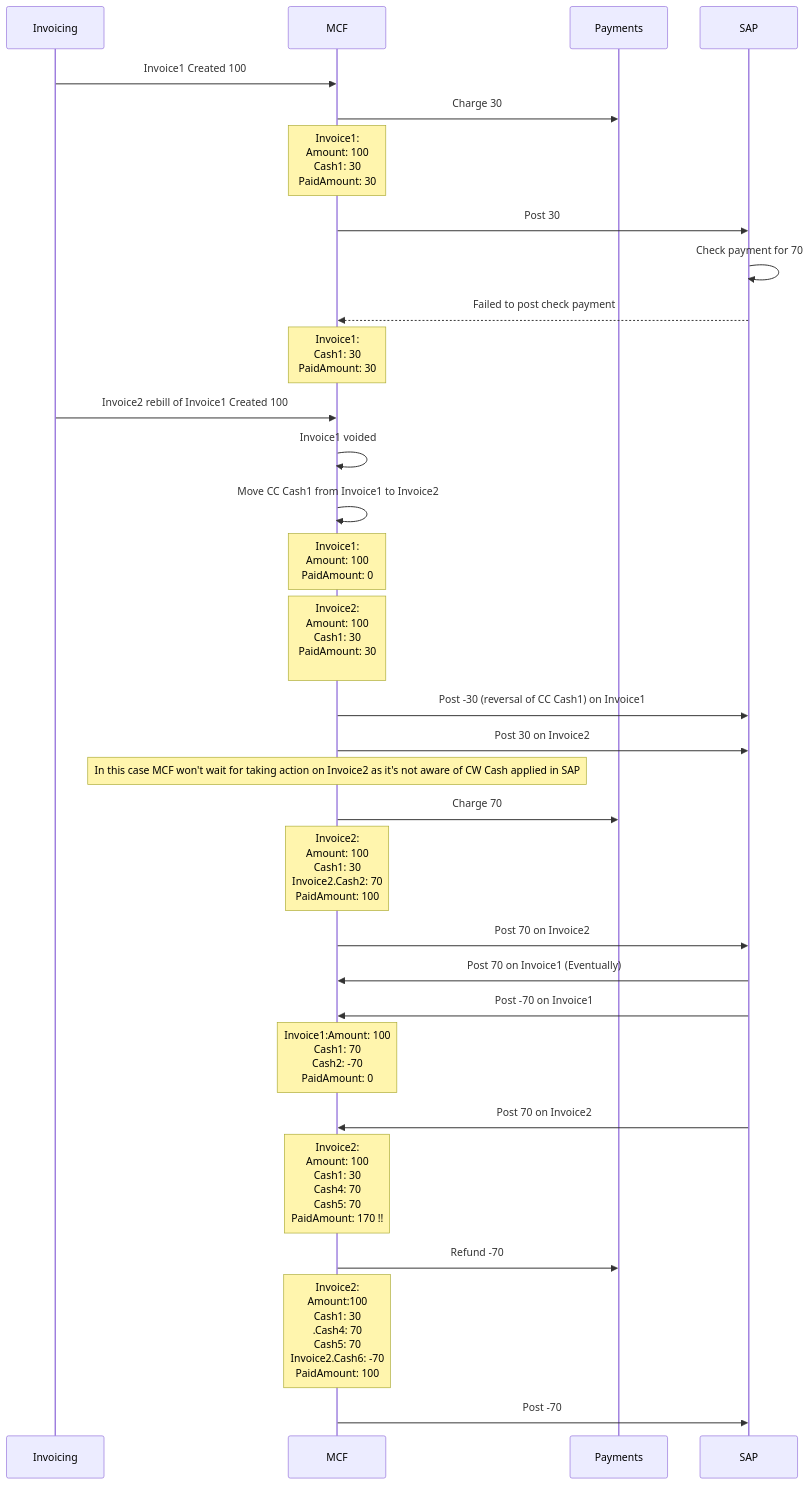
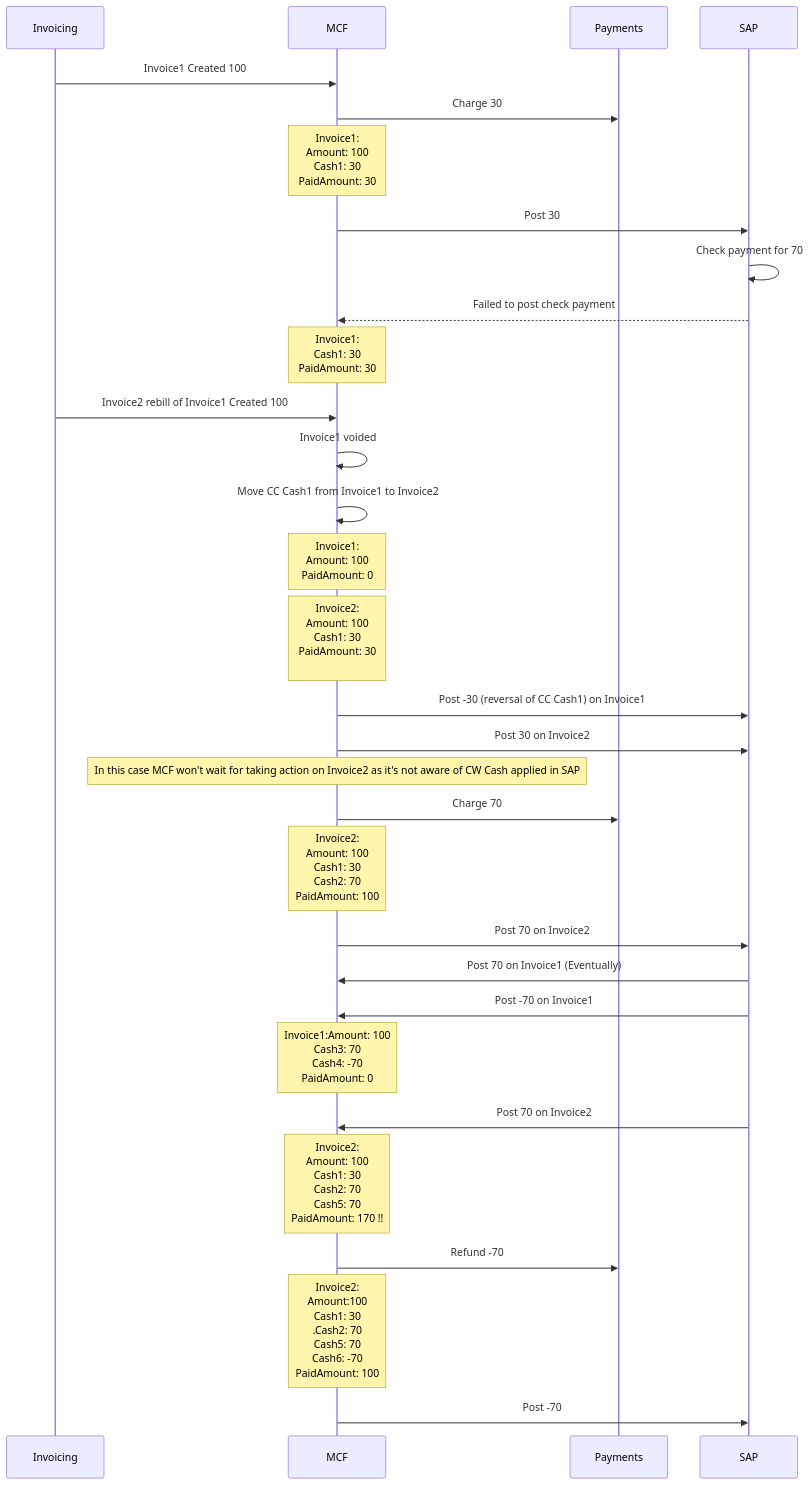
Before and after one commit to vikramsinha/test1: diagram 13 of 13 in MCF-SAP Scenarios.md, drawn with Mermaid.

Commit message:
Update MCF-SAP Scenarios.md

````diff
--- a/MCF-SAP Scenarios.md
+++ b/MCF-SAP Scenarios.md
@@ -277,35 +277,35 @@
 ```mermaid
 %%{init: {'theme': 'default'} }%%
 sequenceDiagram
     participant Invoicing
     participant MCF
     participant Payments
     participant SAP
     Invoicing->>MCF: Invoice1 Created 100
     MCF->>Payments: Charge 30
     Note over MCF: Invoice1:<br/>Amount: 100<br/>Cash1: 30<br/>PaidAmount: 30
     MCF->>SAP: Post 30
     SAP->>SAP: Check payment for 70
     SAP-->>MCF: Failed to post check payment
     Note over MCF: Invoice1:<br/>Cash1: 30<br/>PaidAmount: 30
     Invoicing->>MCF: Invoice2 rebill of Invoice1 Created 100
     MCF->>MCF: Invoice1 voided    
     MCF->>MCF: Move CC Cash1 from Invoice1 to Invoice2
     Note over MCF: Invoice1:<br/>Amount: 100<br/>PaidAmount: 0
     Note over MCF: Invoice2:<br/>Amount: 100<br/>Cash1: 30<br/>PaidAmount: 30<br/>
     MCF->>SAP: Post -30 (reversal of CC Cash1) on Invoice1
     MCF->>SAP: Post 30 on Invoice2
     Note over MCF: In this case MCF won't wait for taking action on Invoice2 as it's not aware of CW Cash applied in SAP
     MCF->>Payments: Charge 70
-    Note over MCF: Invoice2:<br/>Amount: 100<br/>Cash1: 30<br/>Invoice2.Cash2: 70<br/>PaidAmount: 100
+    Note over MCF: Invoice2:<br/>Amount: 100<br/>Cash1: 30<br/>Cash2: 70<br/>PaidAmount: 100
     MCF->>SAP: Post 70 on Invoice2
     SAP->>MCF: Post 70 on Invoice1 (Eventually)
     SAP->>MCF: Post -70 on Invoice1
-    Note over MCF: Invoice1:Amount: 100<br/>Cash1: 70<br/>Cash2: -70<br/>PaidAmount: 0
+    Note over MCF: Invoice1:Amount: 100<br/>Cash3: 70<br/>Cash4: -70<br/>PaidAmount: 0
     SAP->>MCF: Post 70 on Invoice2
-    Note over MCF: Invoice2:<br/>Amount: 100<br/>Cash1: 30<br/>Cash4: 70<br/>Cash5: 70<br/>PaidAmount: 170 !!
+    Note over MCF: Invoice2:<br/>Amount: 100<br/>Cash1: 30<br/>Cash2: 70<br/>Cash5: 70<br/>PaidAmount: 170 !!
     MCF->>Payments: Refund -70
-    Note over MCF: Invoice2:<br/>Amount:100<br/>Cash1: 30<br/>.Cash4: 70<br/>Cash5: 70<br/>Invoice2.Cash6: -70<br/>PaidAmount: 100
+    Note over MCF: Invoice2:<br/>Amount:100<br/>Cash1: 30<br/>.Cash2: 70<br/>Cash5: 70<br/>Cash6: -70<br/>PaidAmount: 100
     MCF->>SAP: Post -70
     
 ```
````
